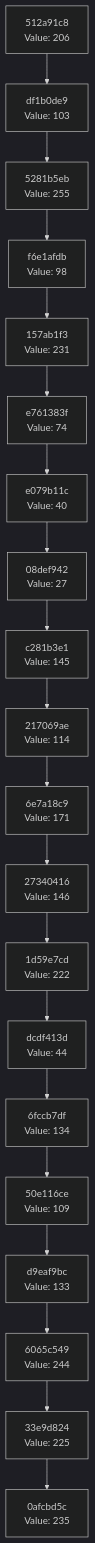
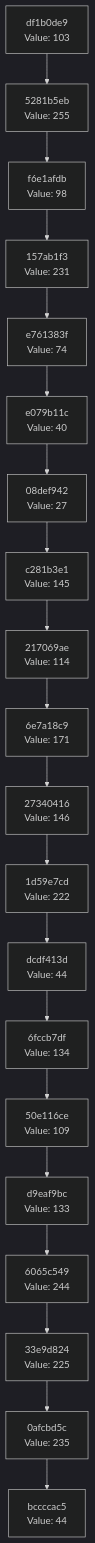
One commit to Abhisheksinha1506/hash-chain-evolver changed the diagram in docs/CHAIN_VISUALIZATION.md. Above: the diagram before and after it, drawn with Mermaid (dark theme). The commit also changed 3 other files, not shown here.

````diff
--- a/docs/CHAIN_VISUALIZATION.md
+++ b/docs/CHAIN_VISUALIZATION.md
@@ -3,42 +3,42 @@
 ```mermaid
 graph TD
-    C0["0afcbd5c<br/>Value: 235"]
-    C1["33e9d824<br/>Value: 225"]
+    C0["bccccac5<br/>Value: 44"]
+    C1["0afcbd5c<br/>Value: 235"]
     C1 --> C0
-    C2["6065c549<br/>Value: 244"]
+    C2["33e9d824<br/>Value: 225"]
     C2 --> C1
-    C3["d9eaf9bc<br/>Value: 133"]
+    C3["6065c549<br/>Value: 244"]
     C3 --> C2
-    C4["50e116ce<br/>Value: 109"]
+    C4["d9eaf9bc<br/>Value: 133"]
     C4 --> C3
-    C5["6fccb7df<br/>Value: 134"]
+    C5["50e116ce<br/>Value: 109"]
     C5 --> C4
-    C6["dcdf413d<br/>Value: 44"]
+    C6["6fccb7df<br/>Value: 134"]
     C6 --> C5
-    C7["1d59e7cd<br/>Value: 222"]
+    C7["dcdf413d<br/>Value: 44"]
     C7 --> C6
-    C8["27340416<br/>Value: 146"]
+    C8["1d59e7cd<br/>Value: 222"]
     C8 --> C7
-    C9["6e7a18c9<br/>Value: 171"]
+    C9["27340416<br/>Value: 146"]
     C9 --> C8
-    C10["217069ae<br/>Value: 114"]
+    C10["6e7a18c9<br/>Value: 171"]
     C10 --> C9
-    C11["c281b3e1<br/>Value: 145"]
+    C11["217069ae<br/>Value: 114"]
     C11 --> C10
-    C12["08def942<br/>Value: 27"]
+    C12["c281b3e1<br/>Value: 145"]
     C12 --> C11
-    C13["e079b11c<br/>Value: 40"]
+    C13["08def942<br/>Value: 27"]
     C13 --> C12
-    C14["e761383f<br/>Value: 74"]
+    C14["e079b11c<br/>Value: 40"]
     C14 --> C13
-    C15["157ab1f3<br/>Value: 231"]
+    C15["e761383f<br/>Value: 74"]
     C15 --> C14
-    C16["f6e1afdb<br/>Value: 98"]
+    C16["157ab1f3<br/>Value: 231"]
     C16 --> C15
-    C17["5281b5eb<br/>Value: 255"]
+    C17["f6e1afdb<br/>Value: 98"]
     C17 --> C16
-    C18["df1b0de9<br/>Value: 103"]
+    C18["5281b5eb<br/>Value: 255"]
     C18 --> C17
-    C19["512a91c8<br/>Value: 206"]
+    C19["df1b0de9<br/>Value: 103"]
     C19 --> C18
 ```
````
